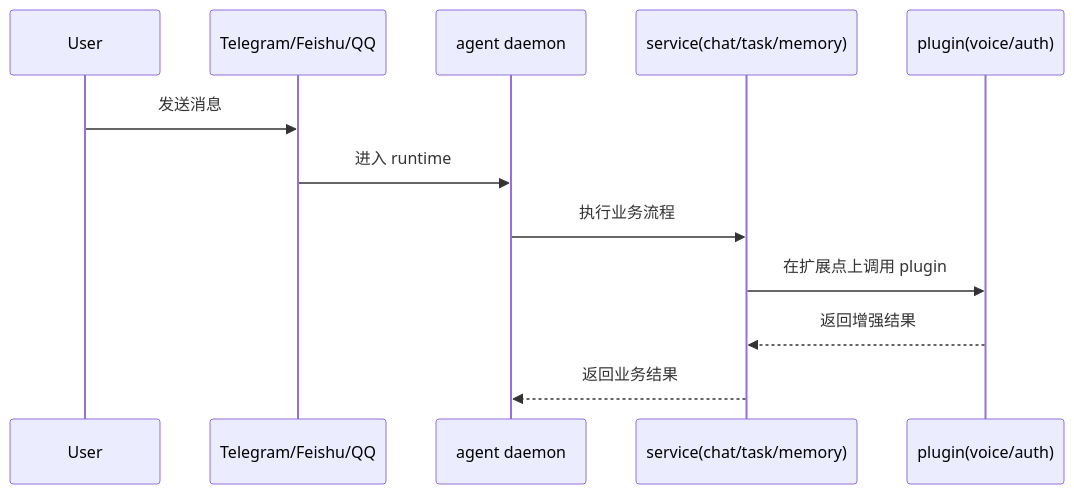
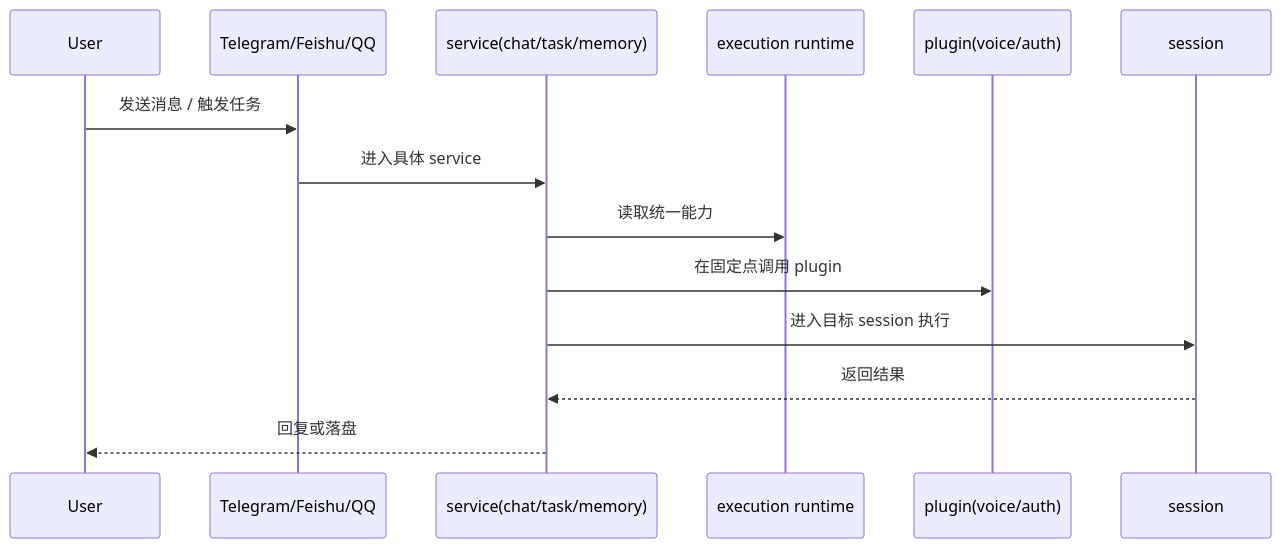
Before and after one commit to wangenius/downcity: the second of 2 diagrams in homepage/content/docs/zh/concepts/logic-map.mdx, drawn with Mermaid. The commit also changed other lines of this file and 410 other files, not shown here.

````diff
--- a/homepage/content/docs/zh/concepts/logic-map.mdx
+++ b/homepage/content/docs/zh/concepts/logic-map.mdx
@@ -41,15 +46,17 @@
 ```mermaid
 sequenceDiagram
   participant User as User
   participant Channel as Telegram/Feishu/QQ
-  participant Agent as agent daemon
   participant Service as service(chat/task/memory)
+  participant Runtime as execution runtime
   participant Plugin as plugin(voice/auth)
+  participant Session as session
 
-  User->>Channel: 发送消息
-  Channel->>Agent: 进入 runtime
-  Agent->>Service: 执行业务流程
-  Service->>Plugin: 在扩展点上调用 plugin
-  Plugin-->>Service: 返回增强结果
-  Service-->>Agent: 返回业务结果
+  User->>Channel: 发送消息 / 触发任务
+  Channel->>Service: 进入具体 service
+  Service->>Runtime: 读取统一能力
+  Service->>Plugin: 在固定点调用 plugin
+  Service->>Session: 进入目标 session 执行
+  Session-->>Service: 返回结果
+  Service-->>User: 回复或落盘
 ```
````
